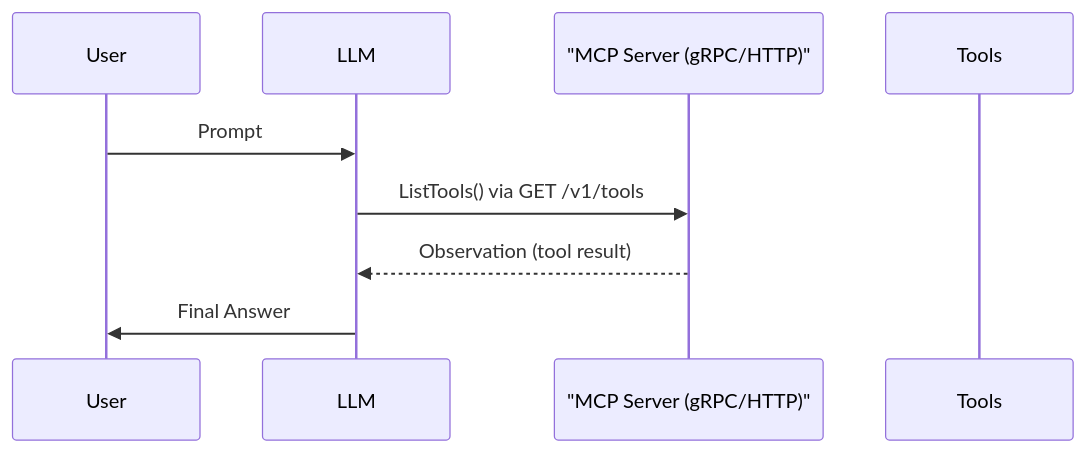
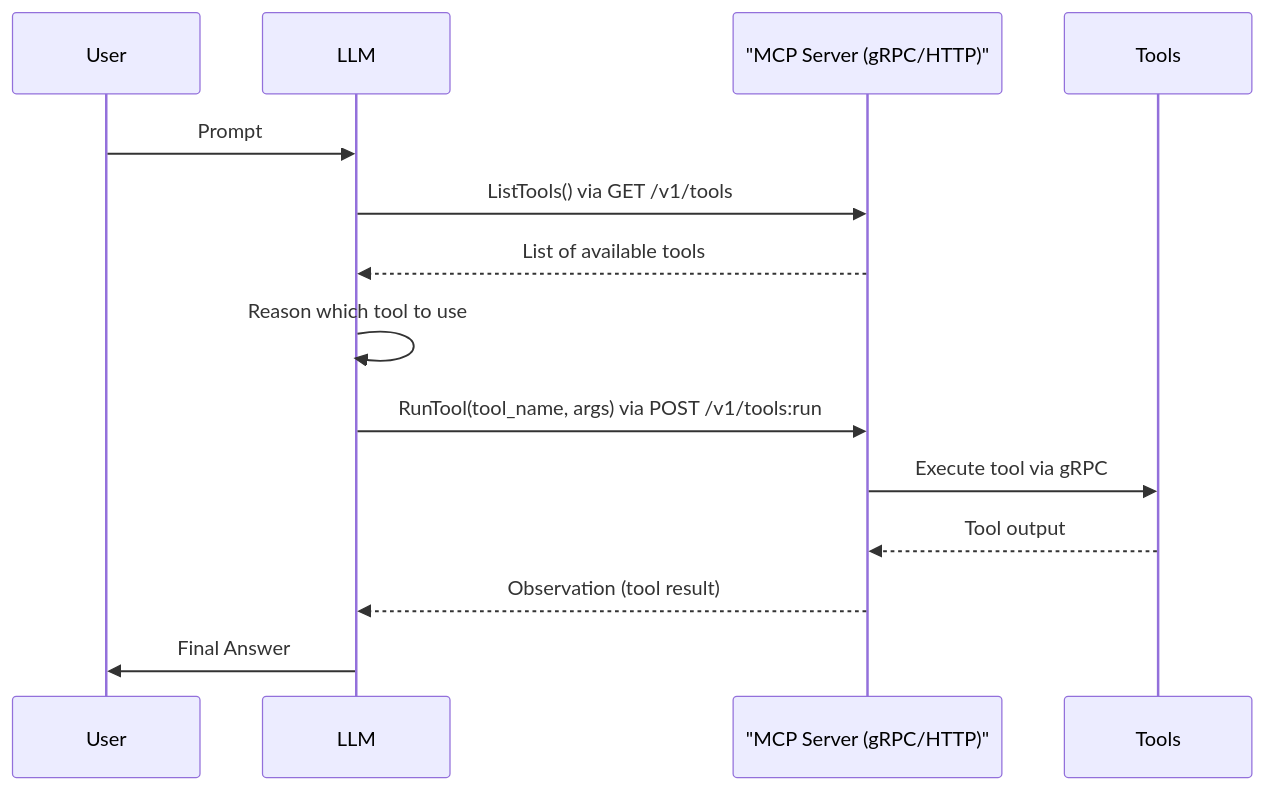
One commit to Lotargo/MCP-NG changed the second of 2 diagrams in README.md. Above: the diagram before and after it, drawn with Mermaid.

````diff
--- a/README.md
+++ b/README.md
@@ -229,12 +229,20 @@
 ```mermaid
 sequenceDiagram
     participant User
     participant LLM
     participant "MCP Server (gRPC/HTTP)"
     participant Tools
 
     User->>LLM: Prompt
     LLM->>"MCP Server (gRPC/HTTP)": ListTools() via GET /v1/tools
+    "MCP Server (gRPC/HTTP)"-->>LLM: List of available tools
+    
+    LLM->>LLM: Reason which tool to use
+    
+    LLM->>"MCP Server (gRPC/HTTP)": RunTool(tool_name, args) via POST /v1/tools:run
+    "MCP Server (gRPC/HTTP)"->>Tools: Execute tool via gRPC
+    Tools-->>"MCP Server (gRPC/HTTP)": Tool output
     "MCP Server (gRPC/HTTP)"-->>LLM: Observation (tool result)
+    
     LLM->>User: Final Answer
 ```
````
